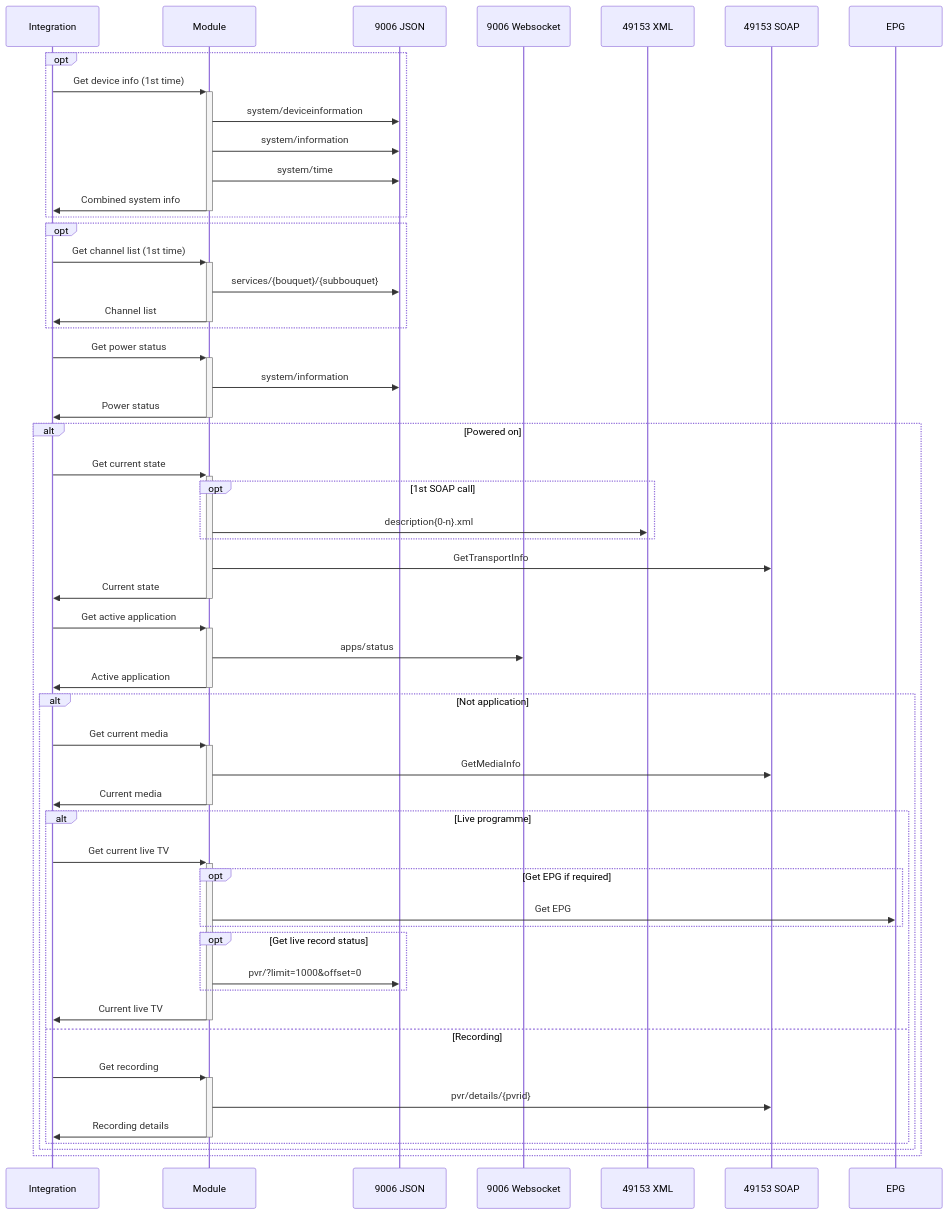
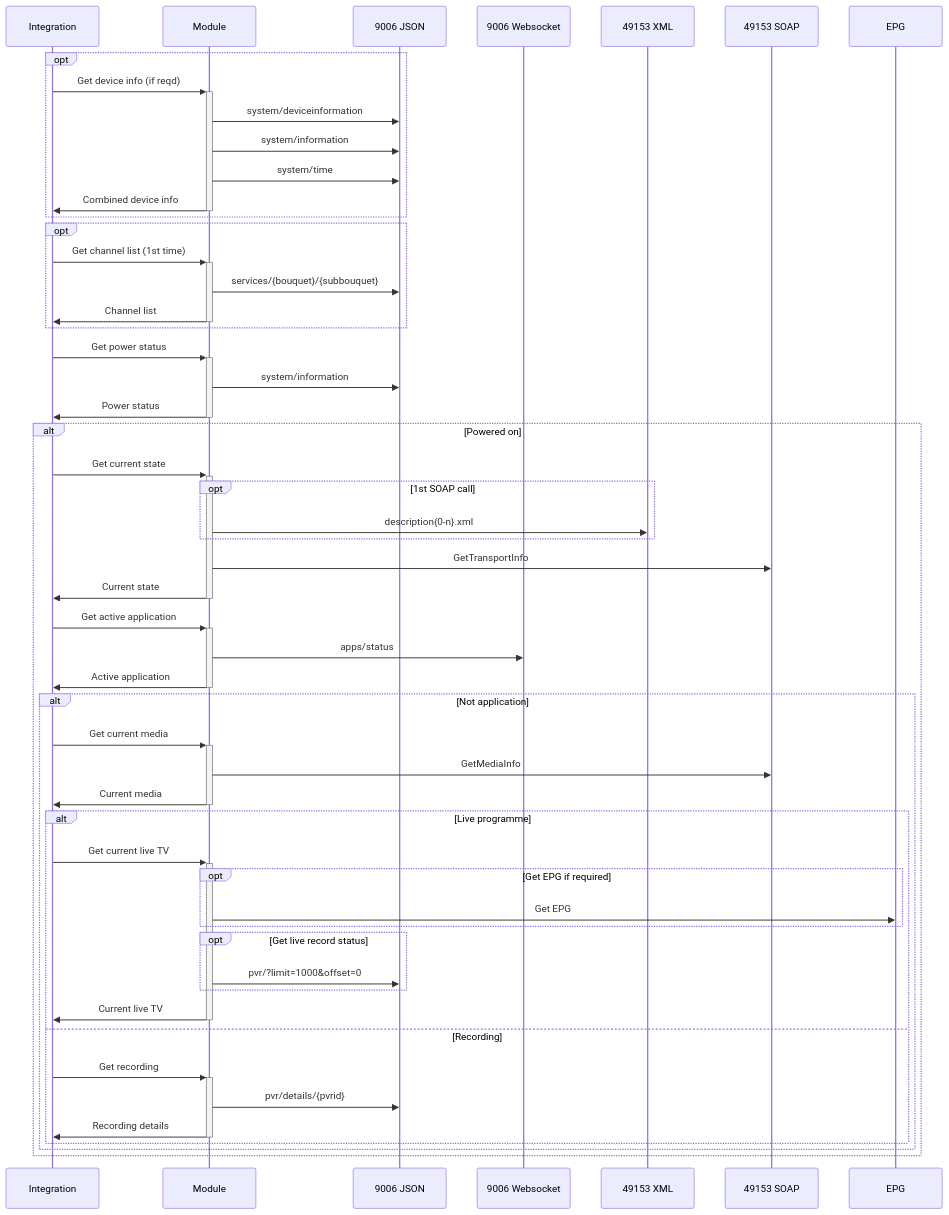
Before and after one commit to RogerSelwyn/Home_Assistant_SkyQ_MediaPlayer: the second of 2 diagrams in flowchart/README.md, drawn with Mermaid. The commit also changed other lines of this file, not shown here.

````diff
--- a/flowchart/README.md
+++ b/flowchart/README.md
@@ -19,56 +19,56 @@
 ```mermaid
 sequenceDiagram
 participant I as Integration
 participant M as Module
 participant J as 9006 JSON
 participant W as 9006 Websocket
 participant X as 49153 XML
 participant S as 49153 SOAP
 participant W as 9006 Websocket
 participant E as EPG
 opt
-  I->>+M: Get device info (1st time)
+  I->>+M: Get device info (if reqd)
   M->>J: system/deviceinformation
   M->>J: system/information
   M->>J: system/time
-  M->>-I: Combined system info
+  M->>-I: Combined device info
 end
 opt
   I->>+M: Get channel list (1st time)
   M->>J: services/{bouquet}/{subbouquet}
   M->>-I: Channel list
 end
 I->>+M: Get power status
 M->>J: system/information
 M->>-I: Power status
 alt Powered on
   I->>+M: Get current state
   opt 1st SOAP call
     M->>X: description{0-n}.xml
   end
   M->>S: GetTransportInfo
   M->>-I: Current state
   I->>+M: Get active application
   M->>W: apps/status
   M->>-I: Active application
   alt Not application
     I->>+M: Get current media
     M->>S: GetMediaInfo
     M->>-I: Current media
     alt Live programme
       I->>+M: Get current live TV
       opt Get EPG if required
         M->>E: Get EPG
       end
       opt Get live record status
         M->>J: pvr/?limit=1000&offset=0
       end
       M->>-I: Current live TV
     else Recording
       I->>+M: Get recording
-      M->>S: pvr/details/{pvrid}
+      M->>J: pvr/details/{pvrid}
       M->>-I: Recording details
     end
   end
 end
 ```
````
